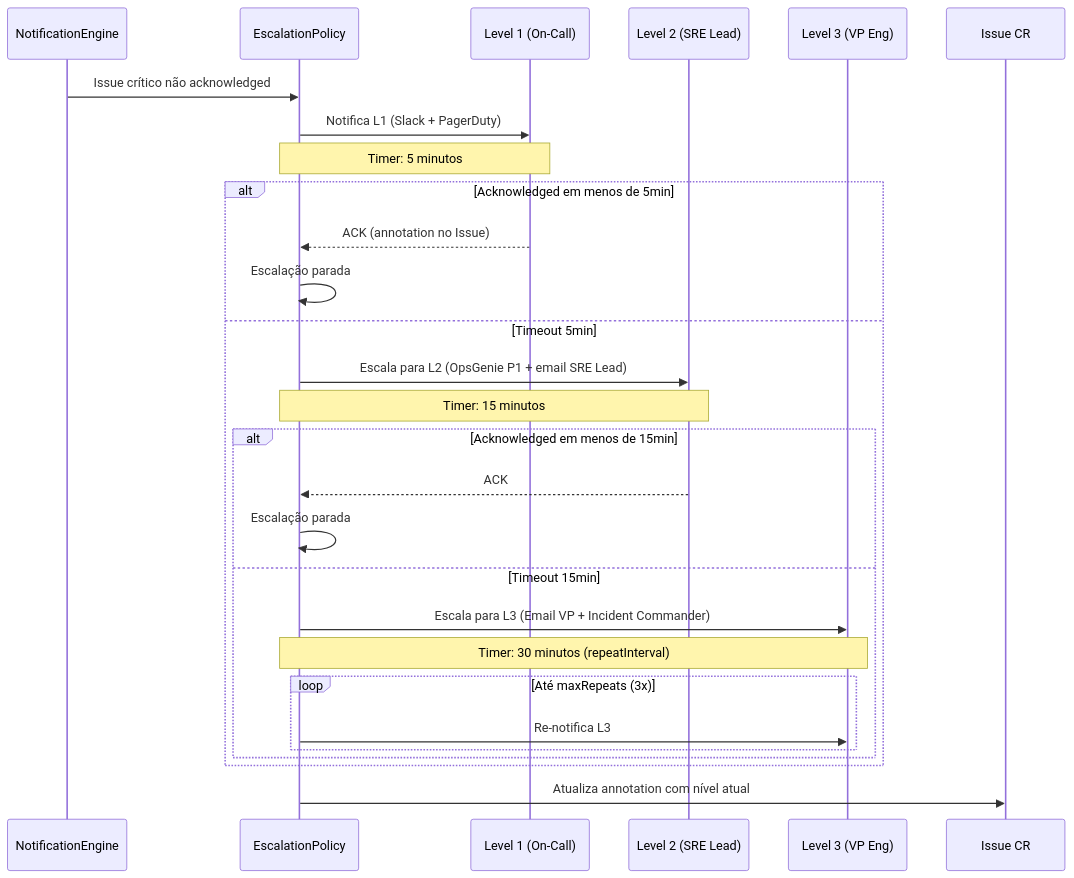
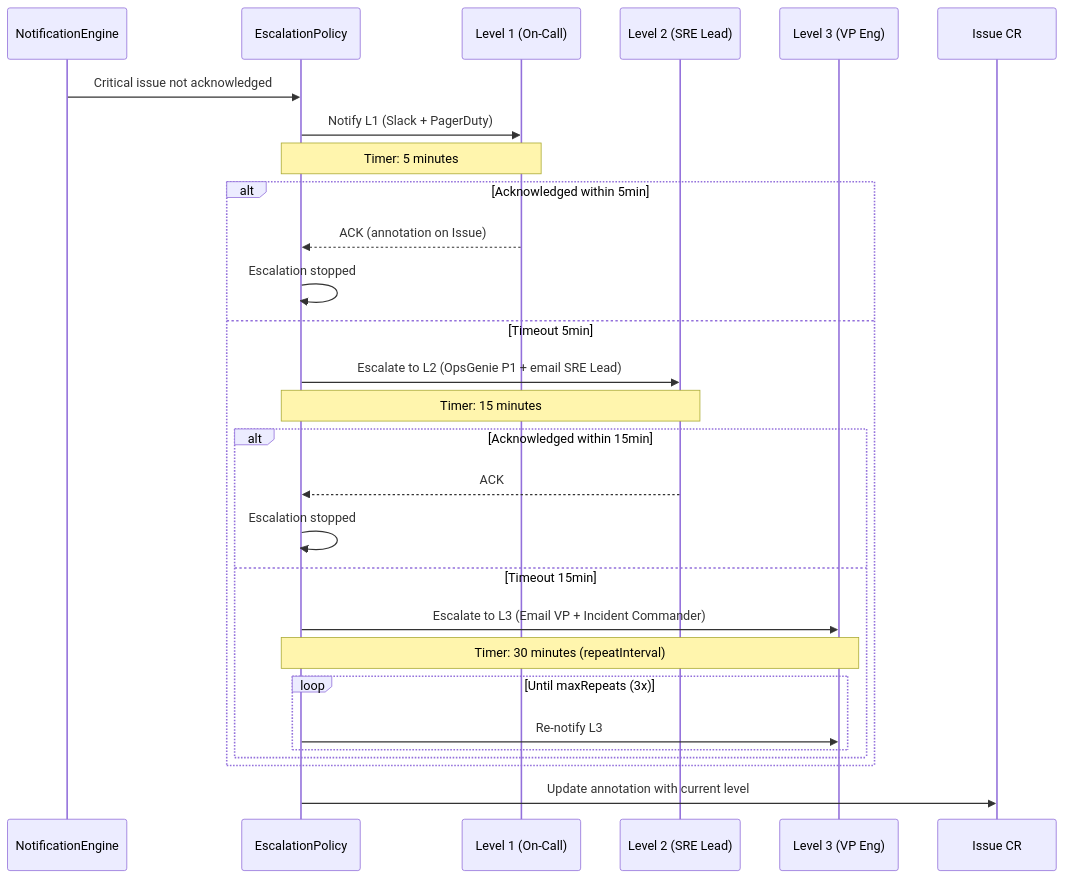
Before and after one commit to diillson/chatcli.ai: the second of 2 diagrams in features/aiops/notifications.mdx, drawn with Mermaid. The commit also changed other lines of this file and 500 other files, not shown here.

````diff
--- a/features/aiops/notifications.mdx
+++ b/features/aiops/notifications.mdx
@@ -635,35 +635,35 @@
 ```mermaid
 sequenceDiagram
     participant NE as NotificationEngine
     participant EP as EscalationPolicy
     participant L1 as Level 1 (On-Call)
     participant L2 as Level 2 (SRE Lead)
     participant L3 as Level 3 (VP Eng)
     participant ISS as Issue CR
 
-    NE->>EP: Issue crítico não acknowledged
-    EP->>L1: Notifica L1 (Slack + PagerDuty)
-    Note over EP,L1: Timer: 5 minutos
+    NE->>EP: Critical issue not acknowledged
+    EP->>L1: Notify L1 (Slack + PagerDuty)
+    Note over EP,L1: Timer: 5 minutes
 
-    alt Acknowledged em menos de 5min
-        L1-->>EP: ACK (annotation no Issue)
-        EP->>EP: Escalação parada
+    alt Acknowledged within 5min
+        L1-->>EP: ACK (annotation on Issue)
+        EP->>EP: Escalation stopped
     else Timeout 5min
-        EP->>L2: Escala para L2 (OpsGenie P1 + email SRE Lead)
-        Note over EP,L2: Timer: 15 minutos
+        EP->>L2: Escalate to L2 (OpsGenie P1 + email SRE Lead)
+        Note over EP,L2: Timer: 15 minutes
 
-        alt Acknowledged em menos de 15min
+        alt Acknowledged within 15min
             L2-->>EP: ACK
-            EP->>EP: Escalação parada
+            EP->>EP: Escalation stopped
         else Timeout 15min
-            EP->>L3: Escala para L3 (Email VP + Incident Commander)
-            Note over EP,L3: Timer: 30 minutos (repeatInterval)
+            EP->>L3: Escalate to L3 (Email VP + Incident Commander)
+            Note over EP,L3: Timer: 30 minutes (repeatInterval)
 
-            loop Até maxRepeats (3x)
-                EP->>L3: Re-notifica L3
+            loop Until maxRepeats (3x)
+                EP->>L3: Re-notify L3
             end
         end
     end
 
-    EP->>ISS: Atualiza annotation com nível atual
+    EP->>ISS: Update annotation with current level
 ```
````
